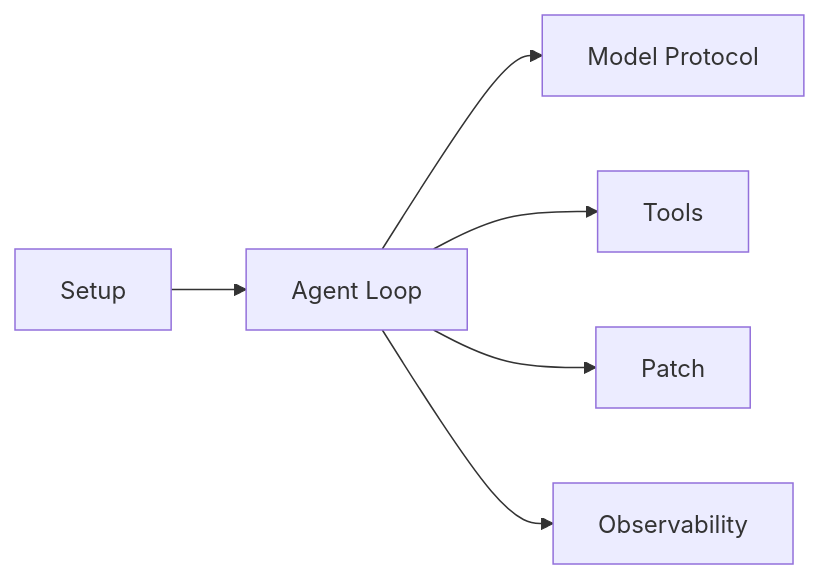
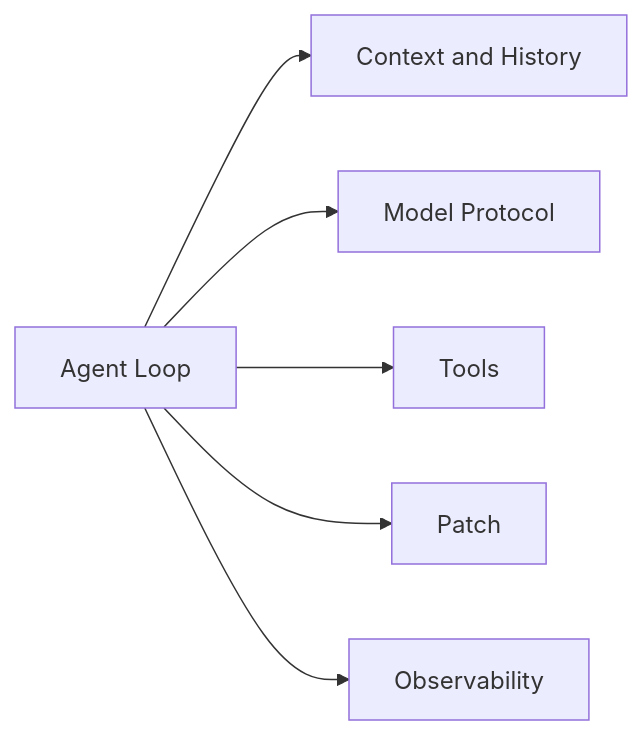
One commit to mtov/minixx changed the second of 2 diagrams in README.md. Above: the diagram before and after it, drawn with Mermaid. The commit also changed other lines of this file, not shown here.

Commit message:
docs: simplify README architecture and sequence diagrams

````diff
--- a/README.md
+++ b/README.md
@@ -225,8 +224,8 @@
 ```mermaid
 flowchart LR
-    A[Setup] --> B[Agent Loop]
-    B --> C[Model Protocol]
-    B --> D[Tools]
-    B --> E[Patch]
-    B --> F[Observability]
+    A[Agent Loop] --> B[Context and History]
+    A --> C[Model Protocol]
+    A --> D[Tools]
+    A --> E[Patch]
+    A --> F[Observability]
 ```
````
